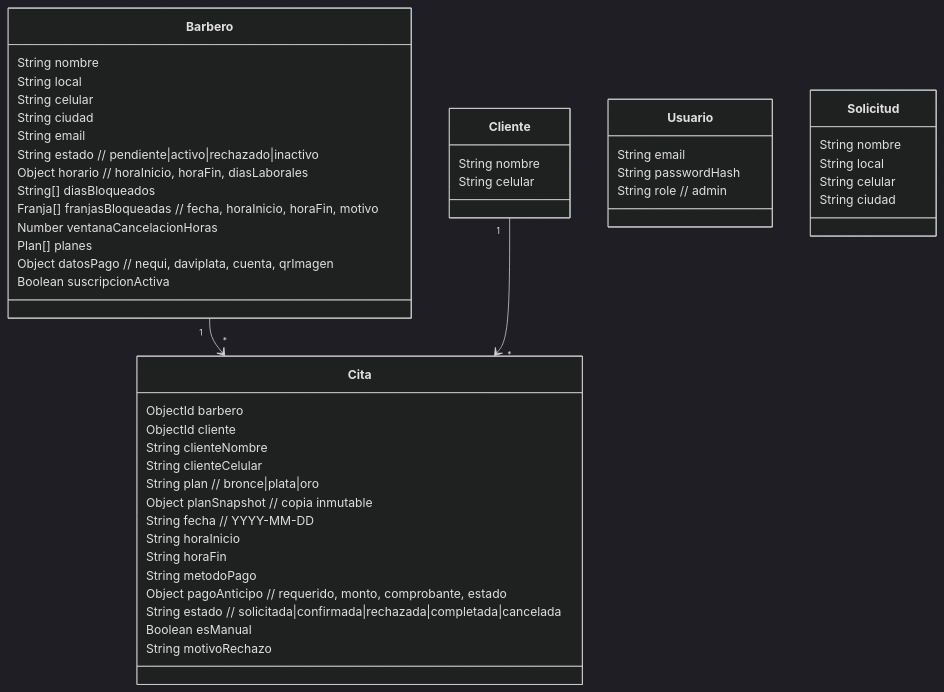
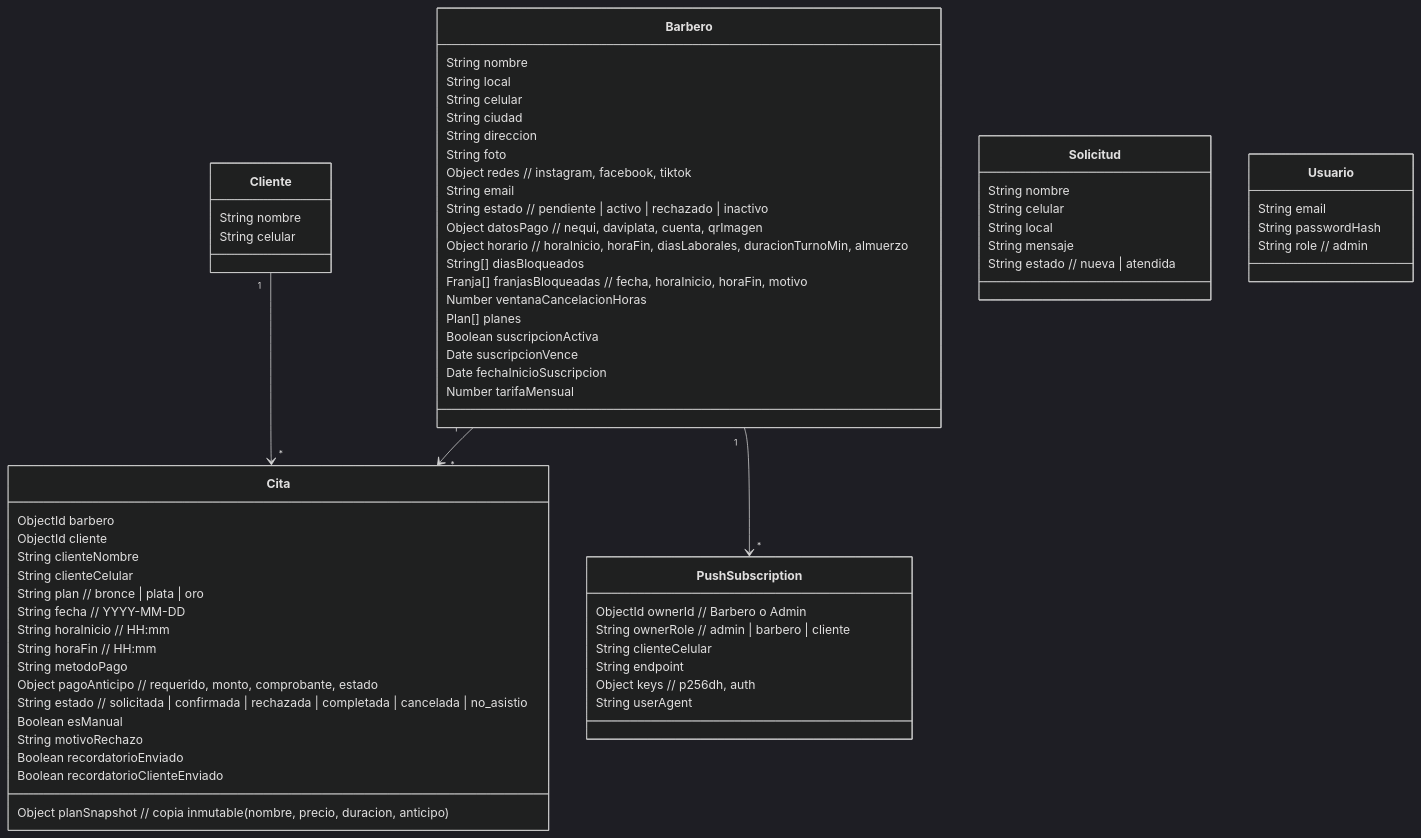
One commit to CitasBarber/citasbarber changed the third of 3 diagrams in documentacion.md. Above: the diagram before and after it, drawn with Mermaid (dark theme). The commit also changed other lines of this file and 10 other files, not shown here.

````diff
--- a/documentacion.md
+++ b/documentacion.md
@@ -218,51 +319,75 @@
 ```mermaid
 classDiagram
     class Barbero {
         String nombre
         String local
         String celular
         String ciudad
+        String direccion
+        String foto
+        Object redes // instagram, facebook, tiktok
         String email
-        String estado  // pendiente|activo|rechazado|inactivo
-        Object horario  // horaInicio, horaFin, diasLaborales
+        String estado // pendiente | activo | rechazado | inactivo
+        Object datosPago // nequi, daviplata, cuenta, qrImagen
+        Object horario // horaInicio, horaFin, diasLaborales, duracionTurnoMin, almuerzo
         String[] diasBloqueados
-        Franja[] franjasBloqueadas  // fecha, horaInicio, horaFin, motivo
+        Franja[] franjasBloqueadas // fecha, horaInicio, horaFin, motivo
         Number ventanaCancelacionHoras
         Plan[] planes
-        Object datosPago  // nequi, daviplata, cuenta, qrImagen
         Boolean suscripcionActiva
+        Date suscripcionVence
+        Date fechaInicioSuscripcion
+        Number tarifaMensual
     }
+
     class Cliente {
         String nombre
         String celular
     }
+
     class Cita {
         ObjectId barbero
         ObjectId cliente
         String clienteNombre
         String clienteCelular
-        String plan  // bronce|plata|oro
-        Object planSnapshot  // copia inmutable
-        String fecha  // YYYY-MM-DD
-        String horaInicio
-        String horaFin
+        String plan // bronce | plata | oro
+        Object planSnapshot // copia inmutable (nombre, precio, duracion, anticipo)
+        String fecha // YYYY-MM-DD
+        String horaInicio // HH:mm
+        String horaFin // HH:mm
         String metodoPago
-        Object pagoAnticipo  // requerido, monto, comprobante, estado
-        String estado  // solicitada|confirmada|rechazada|completada|cancelada
+        Object pagoAnticipo // requerido, monto, comprobante, estado
+        String estado // solicitada | confirmada | rechazada | completada | cancelada | no_asistio
         Boolean esManual
         String motivoRechazo
+        Boolean recordatorioEnviado
+        Boolean recordatorioClienteEnviado
     }
+
+    class PushSubscription {
+        ObjectId ownerId // Barbero o Admin
+        String ownerRole // admin | barbero | cliente
+        String clienteCelular
+        String endpoint
+        Object keys // p256dh, auth
+        String userAgent
+    }
+
+    class Solicitud {
+        String nombre
+        String celular
+        String local
+        String mensaje
+        String estado // nueva | atendida
+    }
+
     class Usuario {
         String email
         String passwordHash
-        String role  // admin
+        String role // admin
     }
-    class Solicitud {
-        String nombre
-        String local
-        String celular
-        String ciudad
-    }
+
     Barbero "1" --> "*" Cita
     Cliente "1" --> "*" Cita
+    Barbero "1" --> "*" PushSubscription
 ```
````
